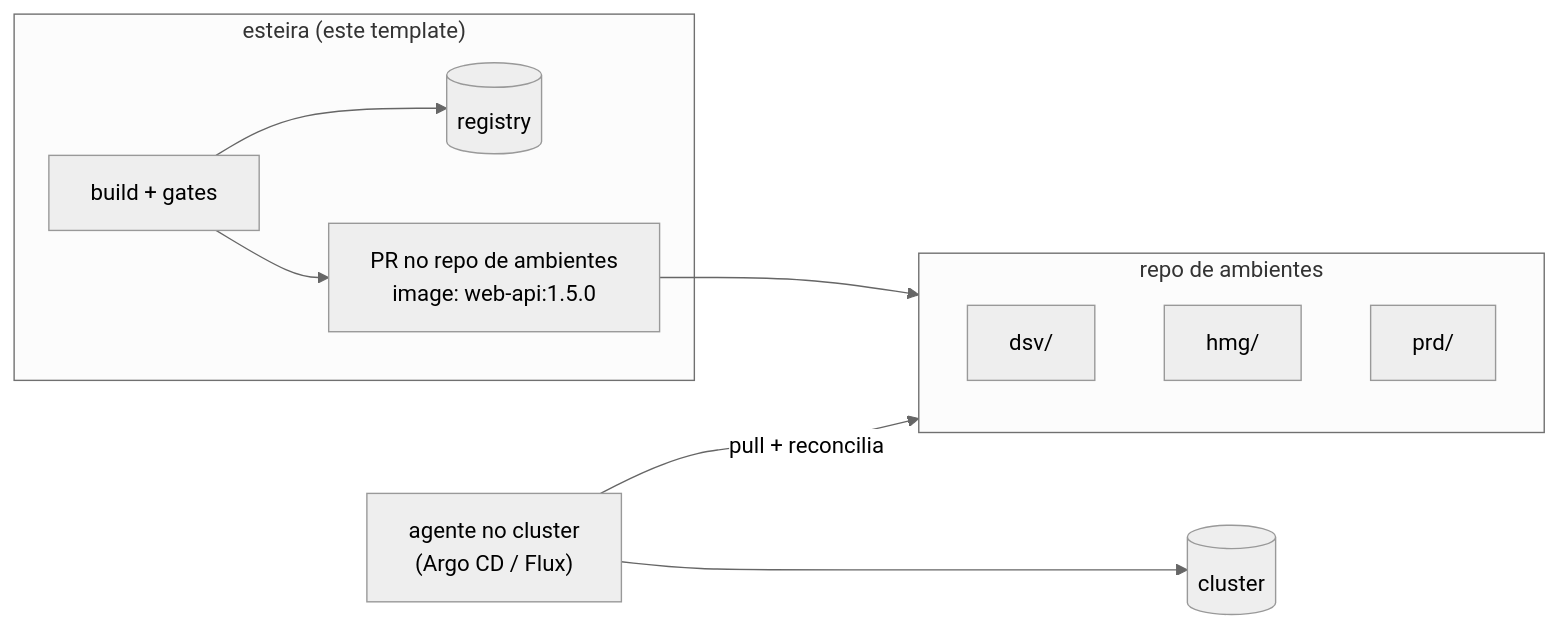
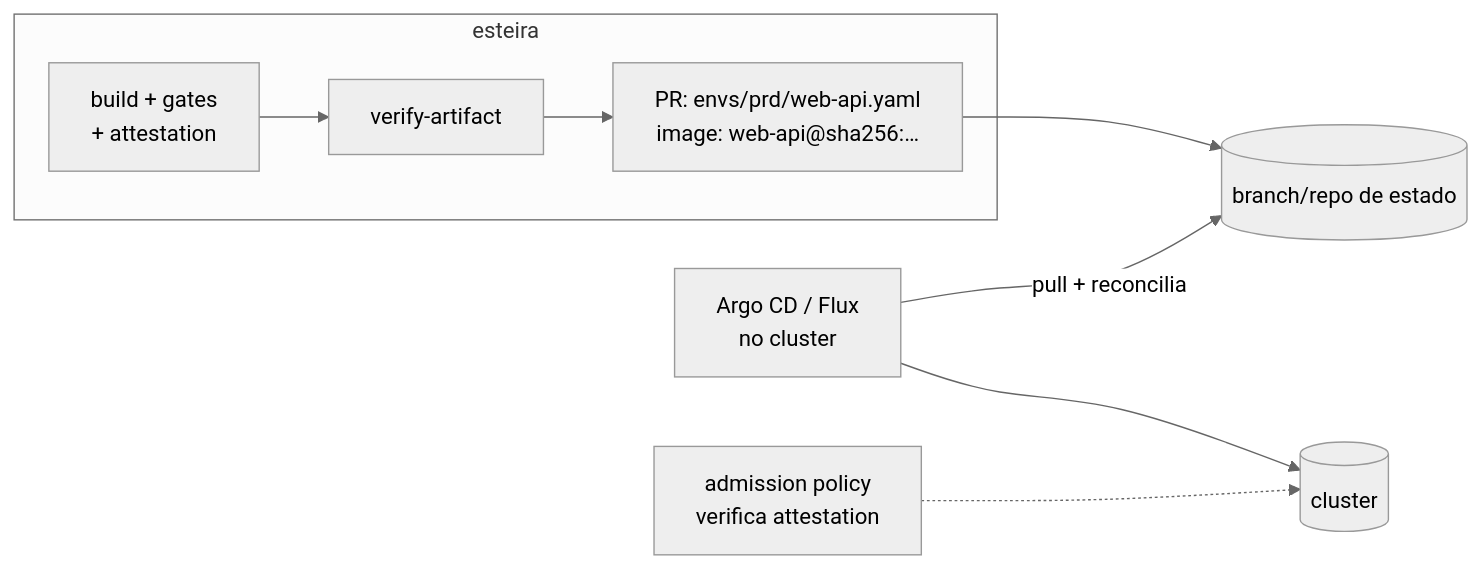
One commit to diogorochaaraujo/gitflow-devsecops-pipeline changed the diagram in docs/04-config-as-code.md. Above: the diagram before and after it, drawn with Mermaid (neutral theme). The commit also changed other lines of this file and 75 other files, not shown here.

````diff
--- a/docs/04-config-as-code.md
+++ b/docs/04-config-as-code.md
@@ -82,13 +114,11 @@
 ```mermaid
 flowchart LR
-  subgraph CI["esteira (este template)"]
-    B[build + gates] --> REG[(registry)]
-    B --> PRX["PR no repo de ambientes<br/>image: web-api:1.5.0"]
+  subgraph CI["esteira"]
+    B["build + gates<br/>+ attestation"] --> V["verify-artifact"]
+    V --> PR["PR: envs/prd/web-api.yaml<br/>image: web-api@sha256:…"]
   end
-  subgraph ENVREPO["repo de ambientes"]
-    O1[dsv/] & O2[hmg/] & O3[prd/]
-  end
-  PRX --> ENVREPO
-  AG["agente no cluster<br/>(Argo CD / Flux)"] -->|pull + reconcilia| ENVREPO
-  AG --> K8S[(cluster)]
+  PR --> ST[("branch/repo de estado")]
+  AG["Argo CD / Flux<br/>no cluster"] -->|pull + reconcilia| ST
+  AG --> K[(cluster)]
+  POL["admission policy<br/>verifica attestation"] -.-> K
 ```
````
